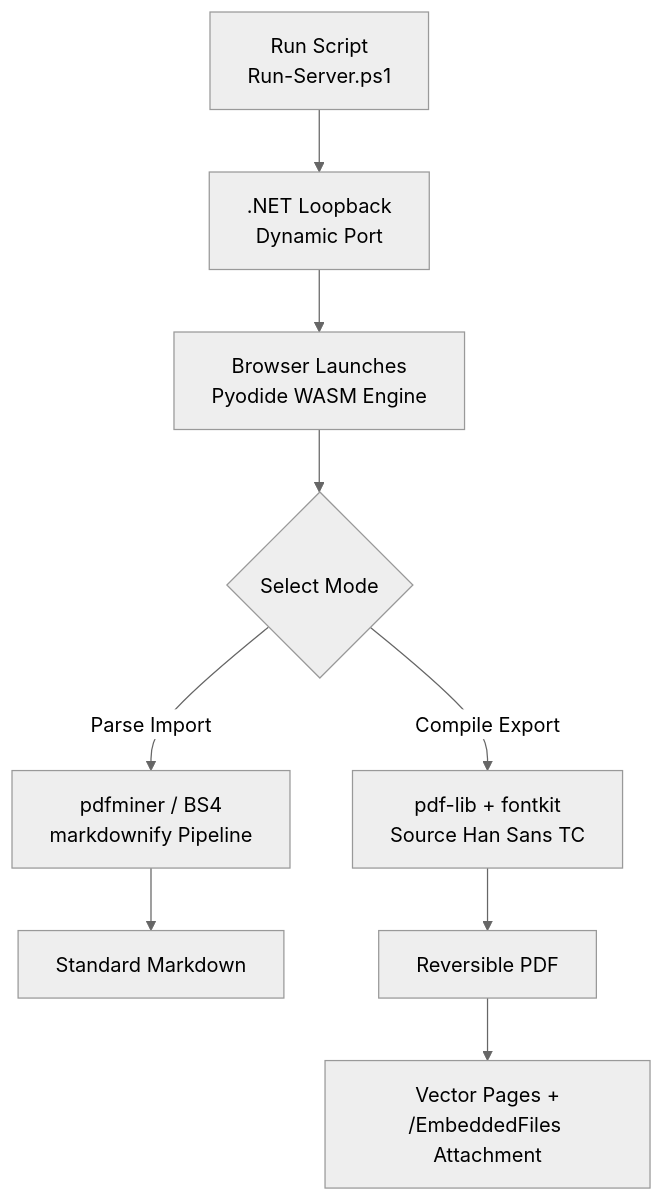
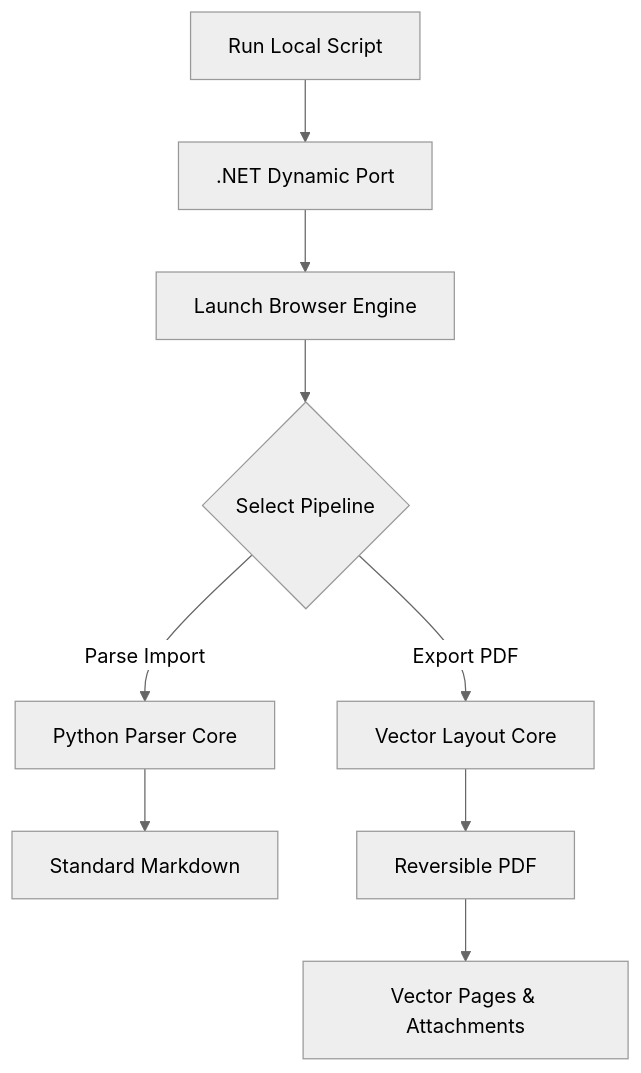
One commit to ystartgo/MD_exchange changed the second of 3 diagrams in README.md. Above: the diagram before and after it, drawn with Mermaid (neutral theme). The commit also changed other lines of this file, not shown here.

````diff
--- a/README.md
+++ b/README.md
@@ -91,11 +91,11 @@
 ```mermaid
 flowchart TD
-    A["Run Script<br>Run-Server.ps1"] --> B[".NET Loopback<br>Dynamic Port"]
-    B --> C["Browser Launches<br>Pyodide WASM Engine"]
-    C --> D{"Select Mode"}
-    D -->|Parse Import| E["pdfminer / BS4<br>markdownify Pipeline"]
-    D -->|Compile Export| F["pdf-lib + fontkit<br>Source Han Sans TC"]
-    E --> G["Standard Markdown"]
-    F --> H["Reversible PDF"]
-    H --> I["Vector Pages +<br>/EmbeddedFiles Attachment"]
+    A[Run Local Script] --> B[.NET Dynamic Port]
+    B --> C[Launch Browser Engine]
+    C --> D{Select Pipeline}
+    D -->|Parse Import| E[Python Parser Core]
+    D -->|Export PDF| F[Vector Layout Core]
+    E --> G[Standard Markdown]
+    F --> H[Reversible PDF]
+    H --> I[Vector Pages & Attachments]
 ```
````
